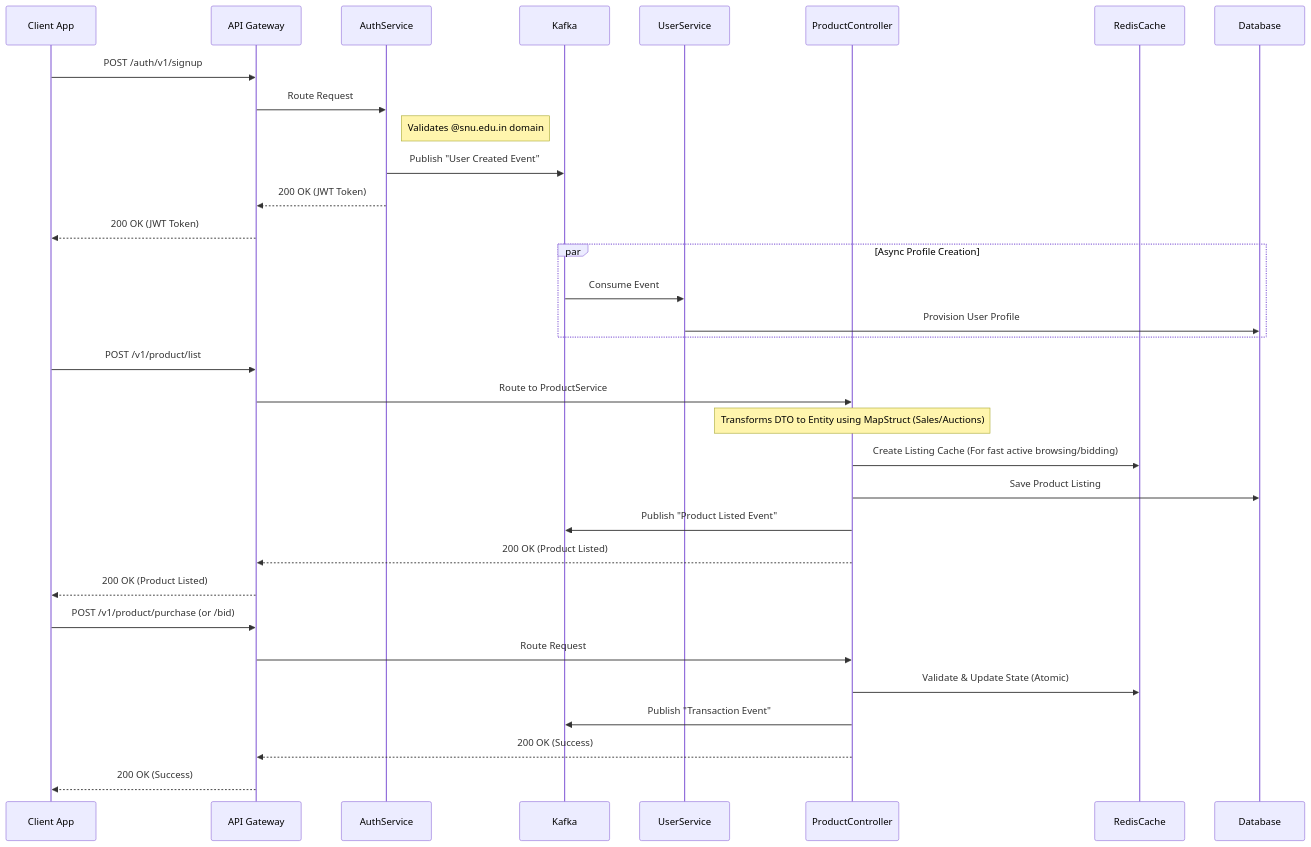
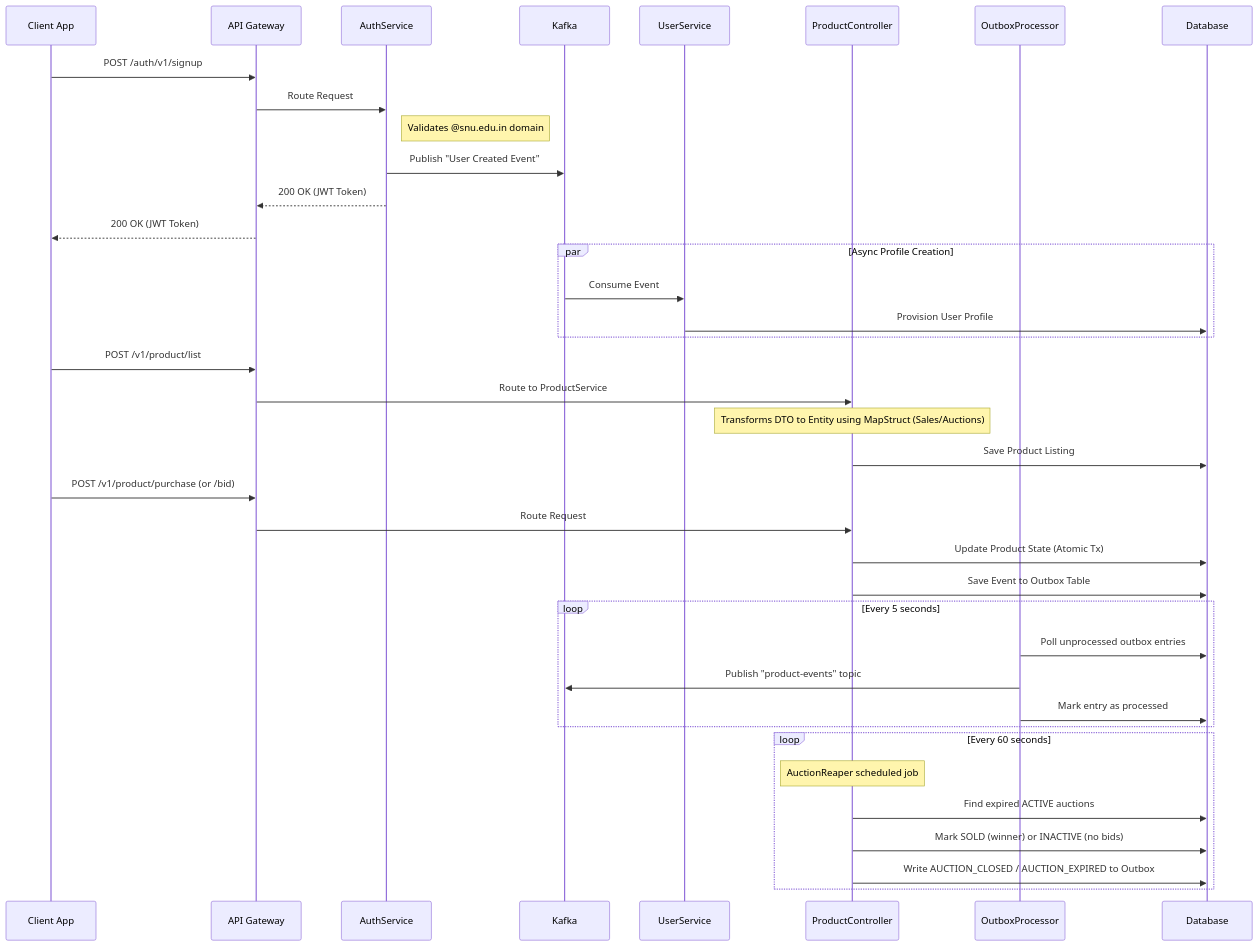
One commit to Arnav05-cyber/AuctionU changed the diagram in README.md. Above: the diagram before and after it, drawn with Mermaid. The commit also changed other lines of this file and 14 other files, not shown here.

First line of the commit message:
feat(productService): implement Transactional Outbox Pattern + AuctionReaper

````diff
--- a/README.md
+++ b/README.md
@@ -9,39 +9,46 @@
 ```mermaid
 sequenceDiagram
     participant App as Client App
     participant Gateway as API Gateway
     participant AuthService
     participant Kafka
     participant UserService
     participant ProductController as ProductController
-    participant RedisCache
+    participant OutboxProcessor
     participant Database
 
     App->>Gateway: POST /auth/v1/signup 
     Gateway->>AuthService: Route Request
     Note right of AuthService: Validates @snu.edu.in domain
     AuthService->>Kafka: Publish "User Created Event"
     AuthService-->>Gateway: 200 OK (JWT Token)
     Gateway-->>App: 200 OK (JWT Token)
 
     par Async Profile Creation
         Kafka->>UserService: Consume Event
         UserService->>Database: Provision User Profile
     end
 
     App->>Gateway: POST /v1/product/list
     Gateway->>ProductController: Route to ProductService
     Note over ProductController: Transforms DTO to Entity using MapStruct (Sales/Auctions)
-    ProductController->>RedisCache: Create Listing Cache (For fast active browsing/bidding)
     ProductController->>Database: Save Product Listing
-    ProductController->>Kafka: Publish "Product Listed Event"
-    ProductController-->>Gateway: 200 OK (Product Listed)
-    Gateway-->>App: 200 OK (Product Listed)
 
     App->>Gateway: POST /v1/product/purchase (or /bid)
     Gateway->>ProductController: Route Request
-    ProductController->>RedisCache: Validate & Update State (Atomic)
-    ProductController->>Kafka: Publish "Transaction Event"
-    ProductController-->>Gateway: 200 OK (Success)
-    Gateway-->>App: 200 OK (Success)
+    ProductController->>Database: Update Product State (Atomic Tx)
+    ProductController->>Database: Save Event to Outbox Table
+
+    loop Every 5 seconds
+        OutboxProcessor->>Database: Poll unprocessed outbox entries
+        OutboxProcessor->>Kafka: Publish "product-events" topic
+        OutboxProcessor->>Database: Mark entry as processed
+    end
+
+    loop Every 60 seconds
+        Note over ProductController: AuctionReaper scheduled job
+        ProductController->>Database: Find expired ACTIVE auctions
+        ProductController->>Database: Mark SOLD (winner) or INACTIVE (no bids)
+        ProductController->>Database: Write AUCTION_CLOSED / AUCTION_EXPIRED to Outbox
+    end
 ```
````
